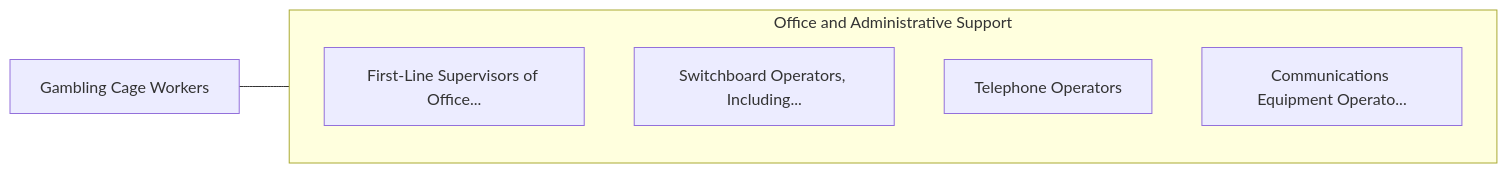
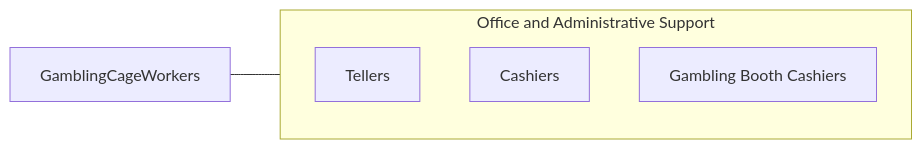
The third of 3 diagrams in occupations/Administrative/GamblingCageWorkers.mdx (kziemski/business.org.ai), drawn with Mermaid before and after one commit. The commit also changed other lines of this file and 938 other files, not shown here.

````diff
--- a/occupations/Administrative/GamblingCageWorkers.mdx
+++ b/occupations/Administrative/GamblingCageWorkers.mdx
@@ -106,13 +100,10 @@
 ```mermaid
 graph LR
-    Current["Gambling Cage Workers"]
-
+    Current["GamblingCageWorkers"]
     subgraph SameCategory["Office and Administrative Support"]
-        FirstLineSupervisors["First-Line Supervisors of Office..."]
-        SwitchboardOperators["Switchboard Operators, Including..."]
-        TelephoneOperators["Telephone Operators"]
-        CommunicationsEquipm["Communications Equipment Operato..."]
+        RTellers["Tellers"]
+        RCashiers["Cashiers"]
+        RGamblingBoothCashiers["Gambling Booth Cashiers"]
     end
-
     Current --- SameCategory
 ```
````
